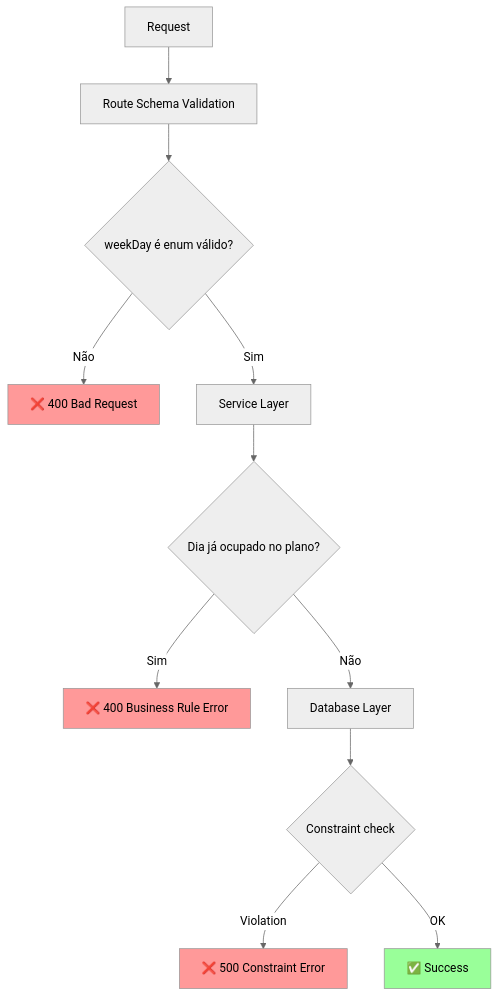
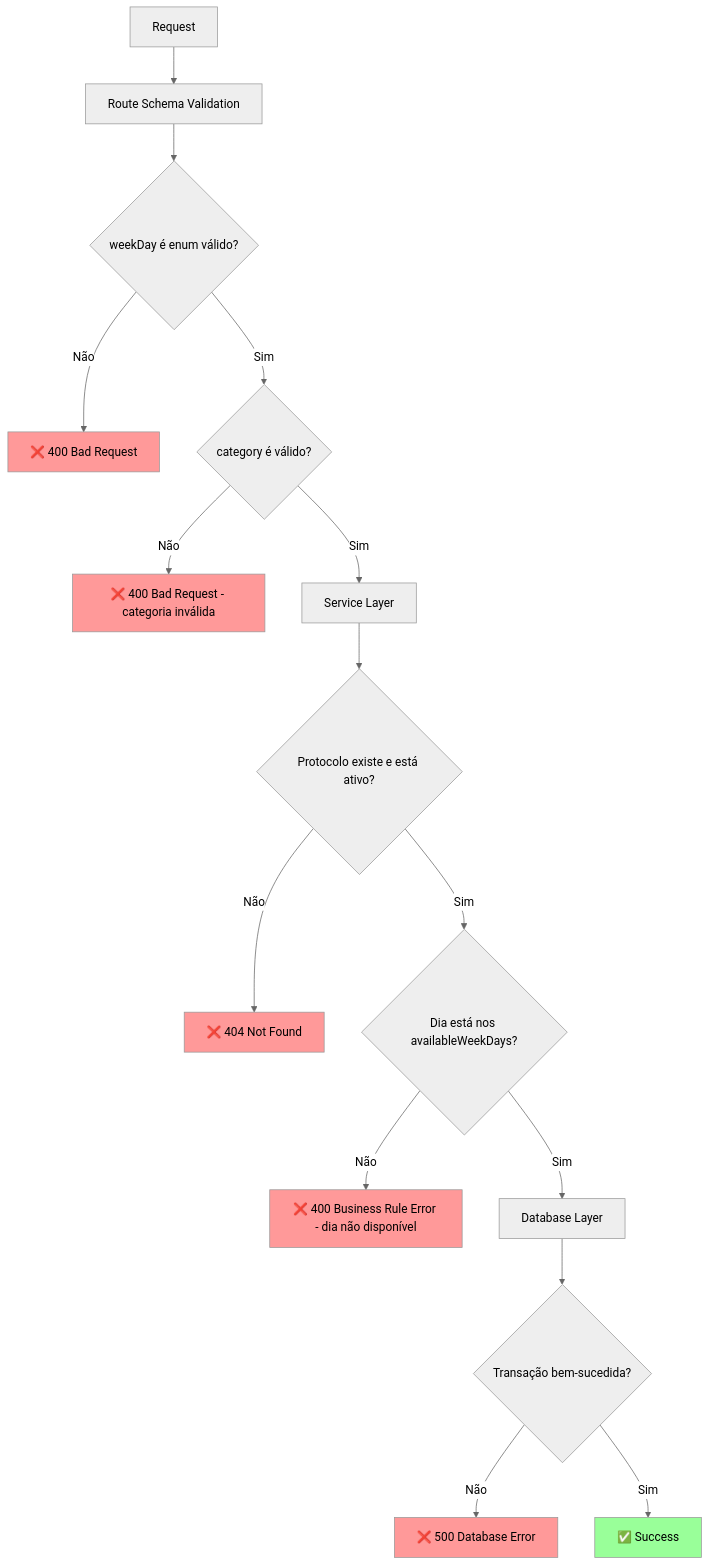
One commit to treinoway/teufit-service changed the sixth of 6 diagrams in docs/adr/001-training-system-architecture.md. Above: the diagram before and after it, drawn with Mermaid (neutral theme). The commit also changed other lines of this file, not shown here.

````diff
--- a/docs/adr/001-training-system-architecture.md
+++ b/docs/adr/001-training-system-architecture.md
@@ -456,18 +601,24 @@
 ```mermaid
 graph TD
     A[Request] --> B[Route Schema Validation]
     B --> C{weekDay é enum válido?}
     C -->|Não| D[❌ 400 Bad Request]
-    C -->|Sim| E[Service Layer]
-    E --> F{Dia já ocupado no plano?}
-    F -->|Sim| G[❌ 400 Business Rule Error]
-    F -->|Não| H[Database Layer]
-    H --> I{Constraint check}
-    I -->|Violation| J[❌ 500 Constraint Error]
-    I -->|OK| K[✅ Success]
+    C -->|Sim| E{category é válido?}
+    E -->|Não| F[❌ 400 Bad Request - categoria inválida]
+    E -->|Sim| G[Service Layer]
+    G --> H{Protocolo existe e está ativo?}
+    H -->|Não| I[❌ 404 Not Found]
+    H -->|Sim| J{Dia está nos availableWeekDays?}
+    J -->|Não| K[❌ 400 Business Rule Error - dia não disponível]
+    J -->|Sim| L[Database Layer]
+    L --> M{Transação bem-sucedida?}
+    M -->|Não| N[❌ 500 Database Error]
+    M -->|Sim| O[✅ Success]
 
     style D fill:#f99
-    style G fill:#f99
-    style J fill:#f99
-    style K fill:#9f9
+    style F fill:#f99
+    style I fill:#f99
+    style K fill:#f99
+    style N fill:#f99
+    style O fill:#9f9
 ```
````
